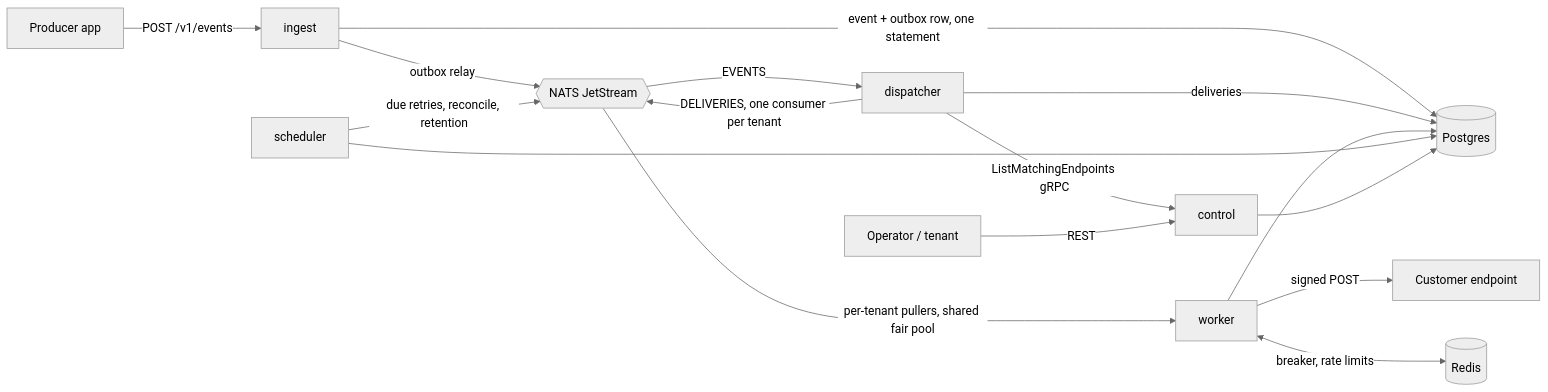
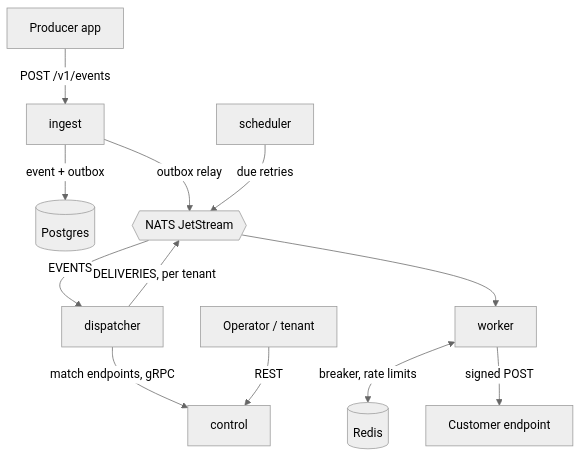
The diagram in README.md (GitNimay/hookline), drawn with Mermaid (neutral theme) before and after one commit. The commit also changed other lines of this file and 14 other files, not shown here.

First line of the commit message:
docs: slim README with vertical diagram; untrack internal docs

````diff
--- a/README.md
+++ b/README.md
@@ -9,18 +9,14 @@
 ```mermaid
-flowchart LR
+flowchart TB
   P[Producer app] -->|POST /v1/events| I[ingest]
-  I -->|event + outbox row, one statement| PG[(Postgres)]
+  I -->|event + outbox| PG[(Postgres)]
   I -->|outbox relay| N{{NATS JetStream}}
   N -->|EVENTS| D[dispatcher]
-  D -->|ListMatchingEndpoints gRPC| C[control]
-  D -->|deliveries| PG
-  D -->|DELIVERIES, one consumer per tenant| N
-  N -->|per-tenant pullers, shared fair pool| W[worker]
+  D -->|match endpoints, gRPC| C[control]
+  D -->|DELIVERIES, per tenant| N
+  N --> W[worker]
+  W <-->|breaker, rate limits| R[(Redis)]
   W -->|signed POST| E[Customer endpoint]
-  W --> PG
-  W <-->|breaker, rate limits| R[(Redis)]
-  S[scheduler] -->|due retries, reconcile, retention| N
-  S --> PG
+  S[scheduler] -->|due retries| N
   A[Operator / tenant] -->|REST| C
-  C --> PG
 ```
````
